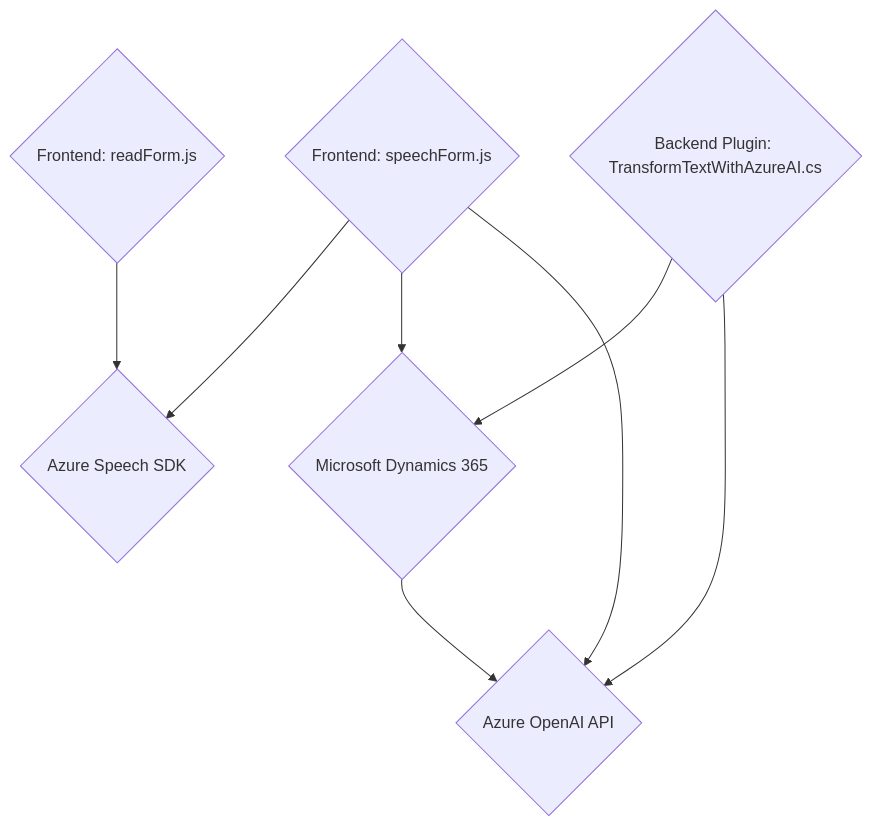
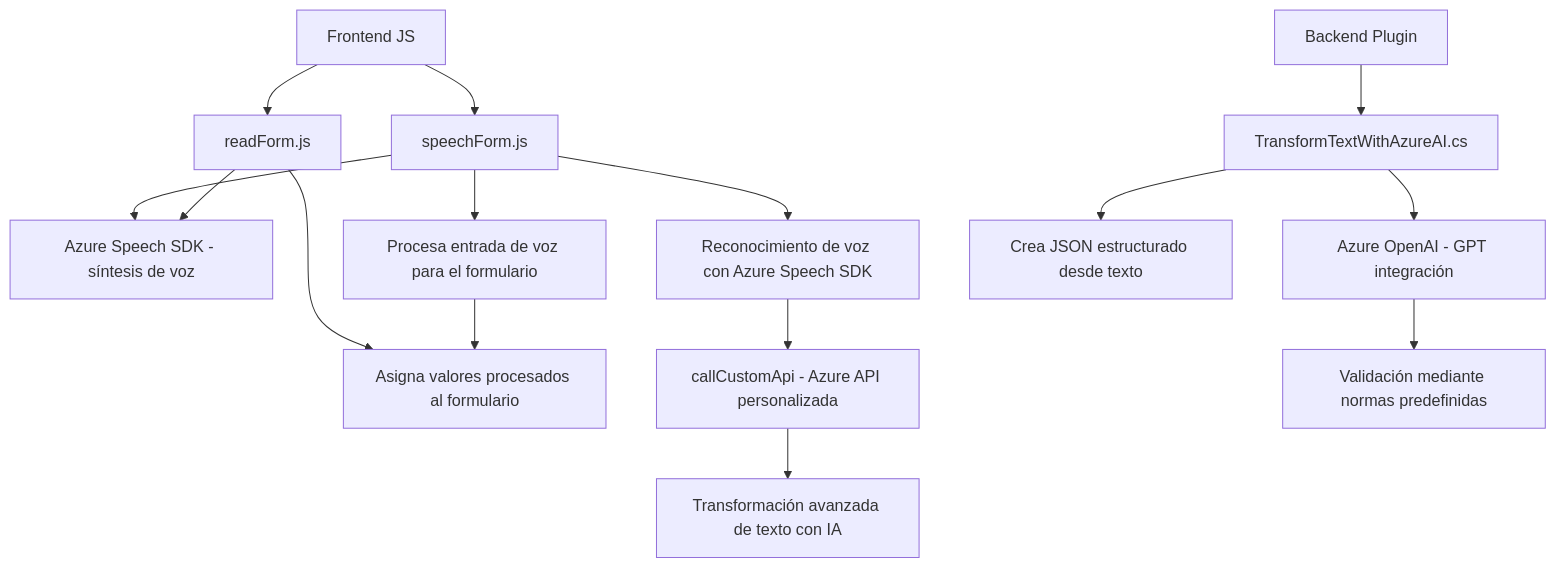
One commit to blopezdm/NETCORE_BILBAO2025 changed the diagram in README.md. Above: the diagram before and after it, drawn with Mermaid. The commit also changed other lines of this file, not shown here.

Commit message:
Actualizar análisis global de la solución con IA

````diff
--- a/README.md
+++ b/README.md
@@ -64,17 +31,18 @@
 ```mermaid
 graph TD
-A{"Frontend: readForm.js"}
-B{"Frontend: speechForm.js"}
-C{"Backend Plugin: TransformTextWithAzureAI.cs"}
-D{"Microsoft Dynamics 365"}
-E{"Azure Speech SDK"}
-F{"Azure OpenAI API"}
+    A["Frontend JS"] --> B["readForm.js"]
+    A["Frontend JS"] --> C["speechForm.js"]
+    C --> D["Azure Speech SDK - carga dinámica"]
+    B --> D["Azure Speech SDK - síntesis de voz"]
+    B --> E["Visualización de datos del formulario"]
+    C --> F["Reconocimiento de voz con Azure Speech SDK"]
+    C --> G["Procesa entrada de voz para el formulario"]
+    F --> H["callCustomApi - Azure API personalizada"]
+    G --> E["Asigna valores procesados al formulario"]
+    H --> I["Transformación avanzada de texto con IA"]
 
-A --> E
-B --> E
-B --> D
-B --> F
-C --> D
-C --> F
-D --> F
+    Z["Backend Plugin"] --> J["TransformTextWithAzureAI.cs"]
+    J --> K["Azure OpenAI - GPT integración"]
+    J --> L["Crea JSON estructurado desde texto"]
+    K --> M["Validación mediante normas predefinidas"]
 ```
````
